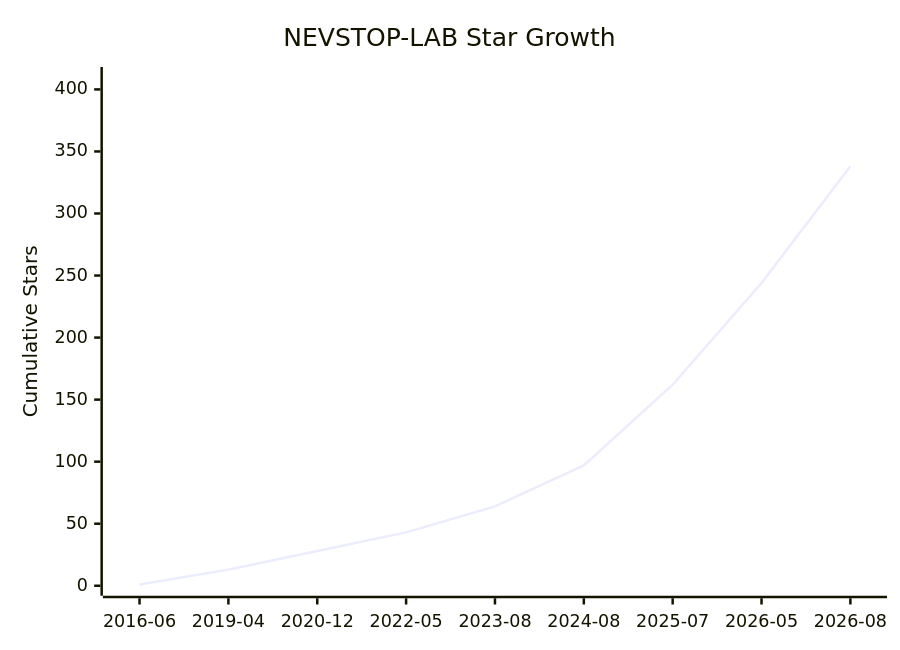
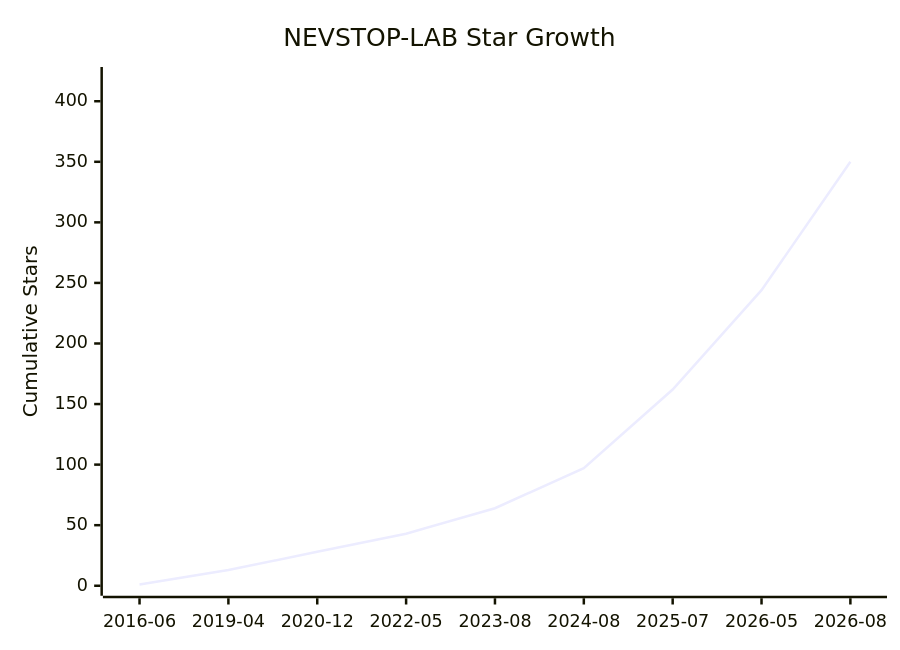
The diagram in Star-History.md (NEVSTOP-LAB/.github), drawn with Mermaid before and after one commit. The commit also changed other lines of this file and 2 other files, not shown here.

````diff
--- a/Star-History.md
+++ b/Star-History.md
@@ -8,7 +8,7 @@
 ```mermaid
 xychart-beta
     title "NEVSTOP-LAB Star Growth"
     x-axis ["2016-06", "2019-04", "2020-12", "2022-05", "2023-08", "2024-08", "2025-07", "2026-05", "2026-08"]
-    y-axis "Cumulative Stars" 0 --> 410
-    line [1, 13, 28, 43, 64, 97, 162, 244, 338]
+    y-axis "Cumulative Stars" 0 --> 420
+    line [1, 13, 28, 43, 64, 97, 162, 244, 350]
 ```
````
